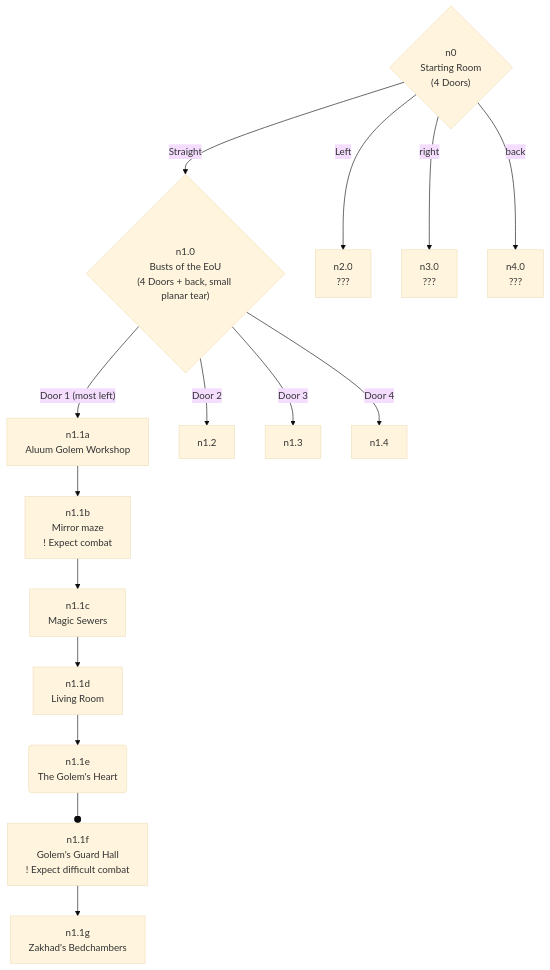
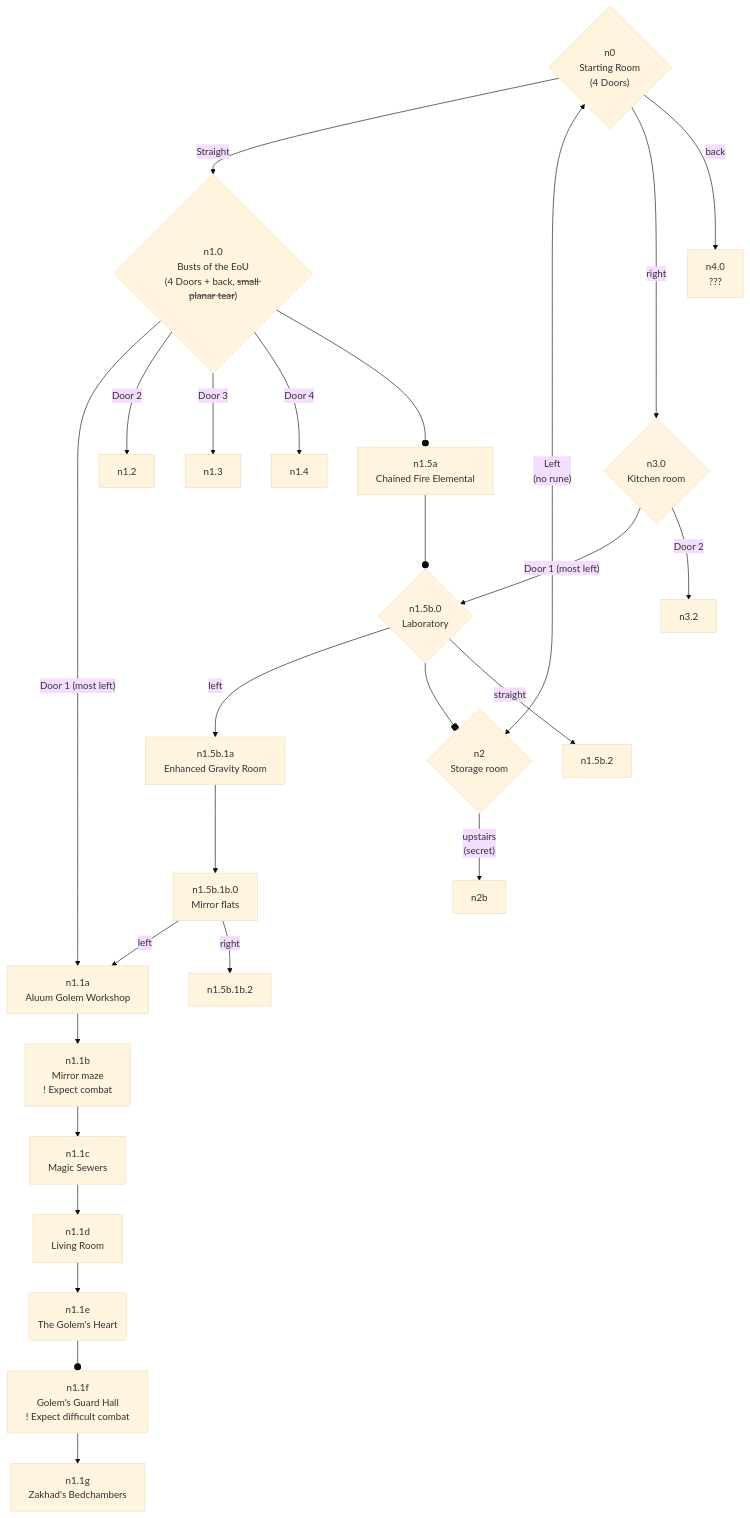
The diagram in content/World Notes/Wizard tower of Zakhad.md (Zorth/void_player_wiki), drawn with Mermaid (base theme) before and after one commit. The commit also changed 2 other files, not shown here.

Commit message:
2026-01-21 halfway through session

````diff
--- a/content/World Notes/Wizard tower of Zakhad.md
+++ b/content/World Notes/Wizard tower of Zakhad.md
@@ -16,36 +16,52 @@
 ```mermaid
 flowchart TB
 
 	n0{"n0<br>Starting Room<br>(4 Doors)"}
 	n0 -- Straight --> n1.0
-	n0 -- Left --> n2.0
+	n0 <-- Left<br>(no rune) --> n2a
 	n0 -- right --> n3.0
 	n0 -- back --> n4.0
 	
-	n1.0{"n1.0<br>Busts of the EoU<br>(4 Doors + back, small planar tear)"}
+	n1.0{"n1.0<br>Busts of the EoU<br>(4 Doors + back, <s>small planar tear</s>)"}
 	n1.0 -- Door 1 (most left) --> n1.1a
 	n1.0 -- Door 2 --> n1.2
 	n1.0 -- Door 3 --> n1.3
 	n1.0 -- Door 4 --> n1.4
+	n1.0 --o n1.5a
+	n1.5a["n1.5a<br>Chained Fire Elemental"]
+	n1.5a --o n1.5b.0
+	
+	n1.5b.0{"n1.5b.0<br>Laboratory"}
+	n1.5b.0 -- left --> n1.5b.1a
+	n1.5b.0 --o n2a
+	n1.5b.0 -- straight --> n1.5b.2
+	n1.5b.1a["n1.5b.1a<br>Enhanced Gravity Room"] 
+	n1.5b.1a --> n1.5b.1b.0
+	n1.5b.1b.0["n1.5b.1b.0<br>Mirror flats"]
+	n1.5b.1b.0 -- left --> n1.1a
+	n1.5b.1b.0 -- right --> n1.5b.1b.2
 
 	n1.1a["n1.1a<br>Aluum Golem Workshop"]
 	n1.1a --> n1.1b
 	n1.1b["n1.1b<br>Mirror maze<br>! Expect combat"]
 	n1.1b --> n1.1c
 	n1.1c["n1.1c<br>Magic Sewers"]
 	n1.1c --> n1.1d
 	n1.1d["n1.1d<br>Living Room"]
 	n1.1d --> n1.1e
 	n1.1e("n1.1e<br>The Golem's Heart")
 	n1.1e --o n1.1f
 	n1.1f["n1.1f<br>Golem's Guard Hall<br>! Expect difficult combat"]
 	n1.1f --> n1.1g
 	n1.1g["n1.1g<br>Zakhad's Bedchambers"]
 	
-	n2.0[n2.0<br>???]
+	n2a{"n2<br>Storage room"}
+	n2a -- upstairs<br>(secret) --> n2b
 
-	n3.0[n3.0<br>???]
+	n3.0{n3.0<br>Kitchen room}
+	n3.0 -- Door 1 (most left) --> n1.5b.0
+	n3.0 -- Door 2 --> n3.2
 	
 	n4.0[n4.0<br>???]
 
 ```
````
